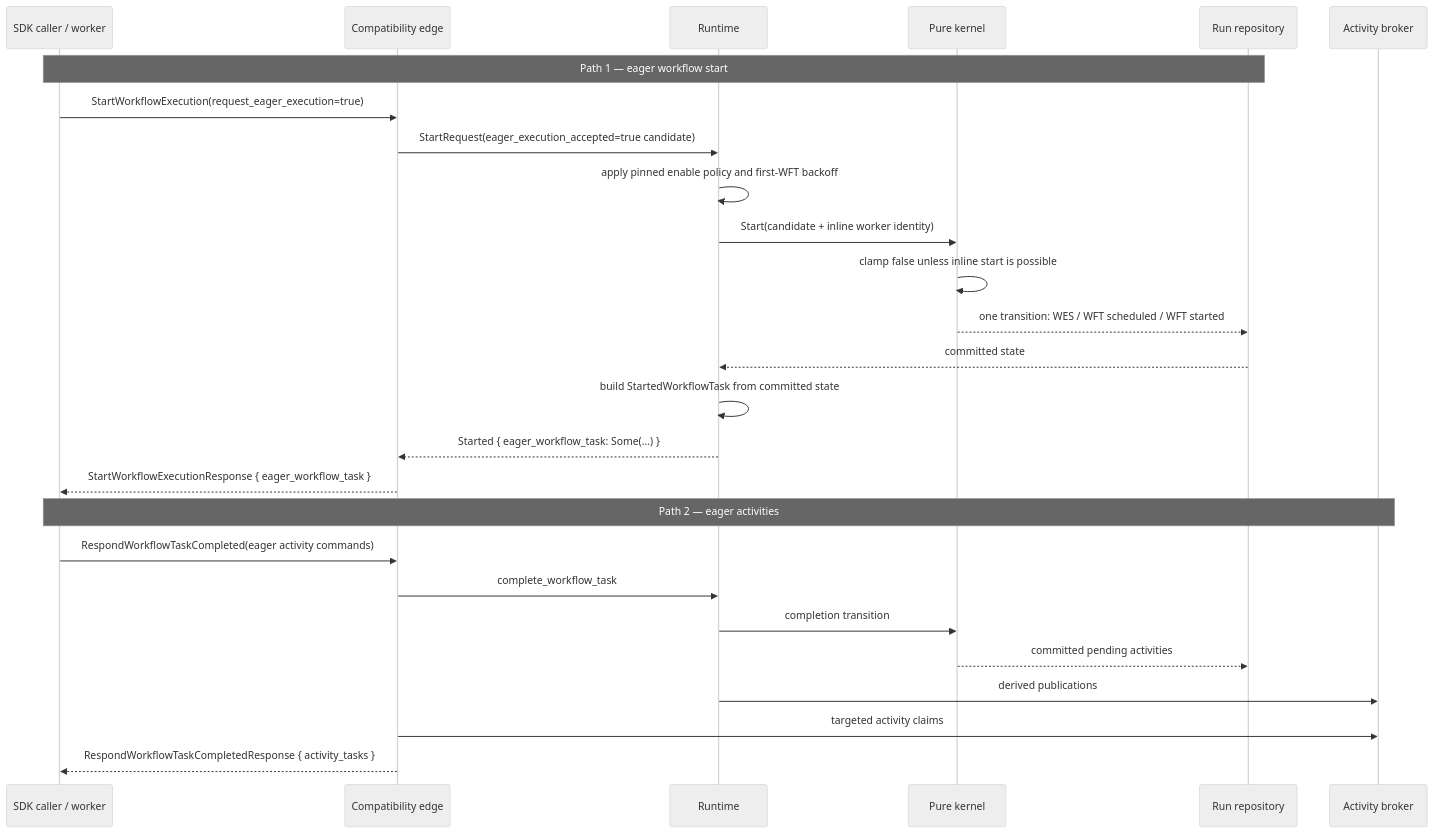
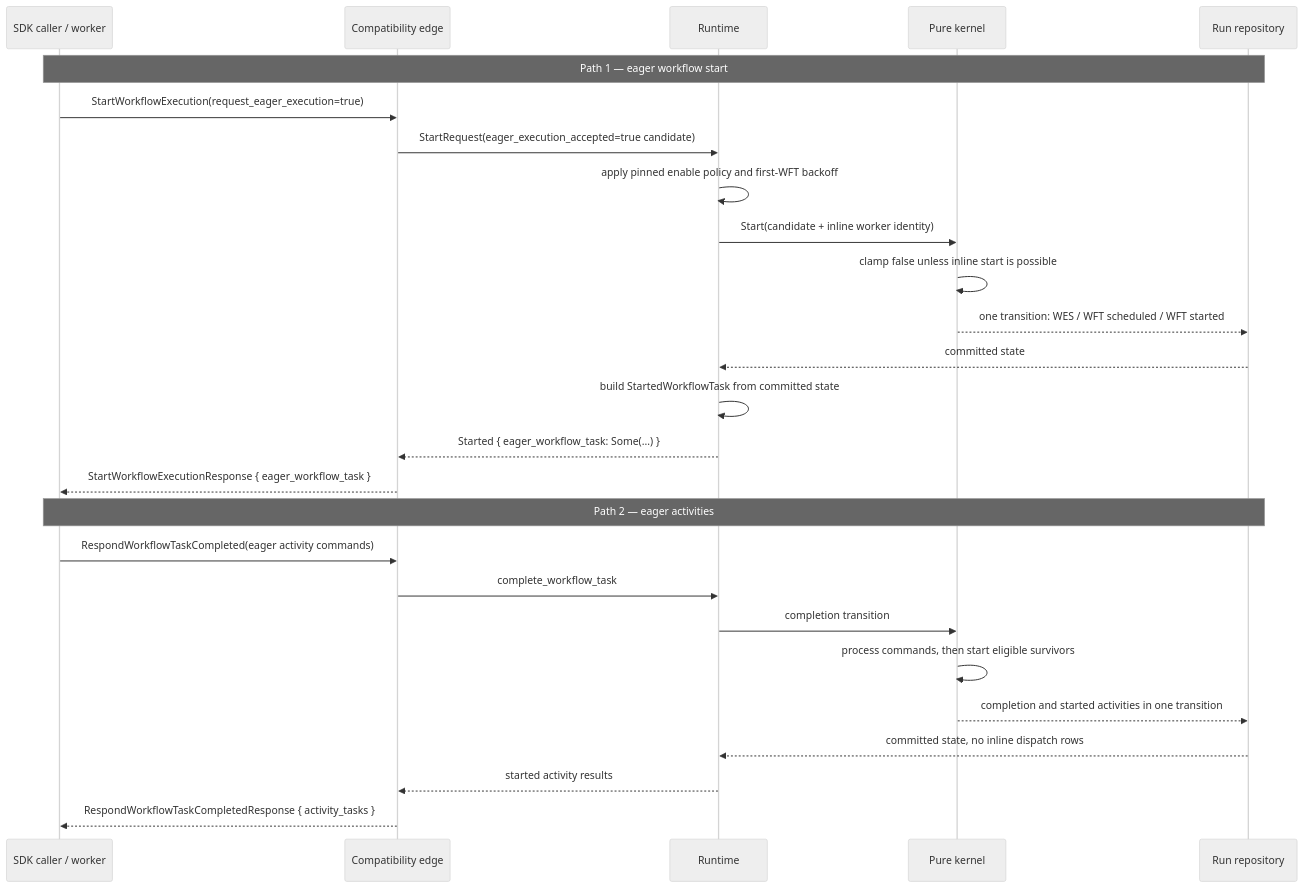
The diagram in .kiro/specs/edge-eager-dispatch/design.md (tokeira/tokeira), drawn with Mermaid (neutral theme) before and after one commit. The commit also changed other lines of this file and 104 other files, not shown here.

First line of the commit message:
Start the completion's new workflow task and eager activities inline

````diff
--- a/.kiro/specs/edge-eager-dispatch/design.md
+++ b/.kiro/specs/edge-eager-dispatch/design.md
@@ -22,30 +22,30 @@
 ```mermaid
 sequenceDiagram
     participant SDK as SDK caller / worker
     participant Edge as Compatibility edge
     participant Runtime as Runtime
     participant Kernel as Pure kernel
     participant Repo as Run repository
-    participant ABroker as Activity broker
 
     Note over SDK,Repo: Path 1 — eager workflow start
     SDK->>Edge: StartWorkflowExecution(request_eager_execution=true)
     Edge->>Runtime: StartRequest(eager_execution_accepted=true candidate)
     Runtime->>Runtime: apply pinned enable policy and first-WFT backoff
     Runtime->>Kernel: Start(candidate + inline worker identity)
     Kernel->>Kernel: clamp false unless inline start is possible
     Kernel-->>Repo: one transition: WES / WFT scheduled / WFT started
     Repo-->>Runtime: committed state
     Runtime->>Runtime: build StartedWorkflowTask from committed state
     Runtime-->>Edge: Started { eager_workflow_task: Some(...) }
     Edge-->>SDK: StartWorkflowExecutionResponse { eager_workflow_task }
 
-    Note over SDK,ABroker: Path 2 — eager activities
+    Note over SDK,Repo: Path 2 — eager activities
     SDK->>Edge: RespondWorkflowTaskCompleted(eager activity commands)
     Edge->>Runtime: complete_workflow_task
     Runtime->>Kernel: completion transition
-    Kernel-->>Repo: committed pending activities
-    Runtime->>ABroker: derived publications
-    Edge->>ABroker: targeted activity claims
+    Kernel->>Kernel: process commands, then start eligible survivors
+    Kernel-->>Repo: completion and started activities in one transition
+    Repo-->>Runtime: committed state, no inline dispatch rows
+    Runtime-->>Edge: started activity results
     Edge-->>SDK: RespondWorkflowTaskCompletedResponse { activity_tasks }
 ```
````
